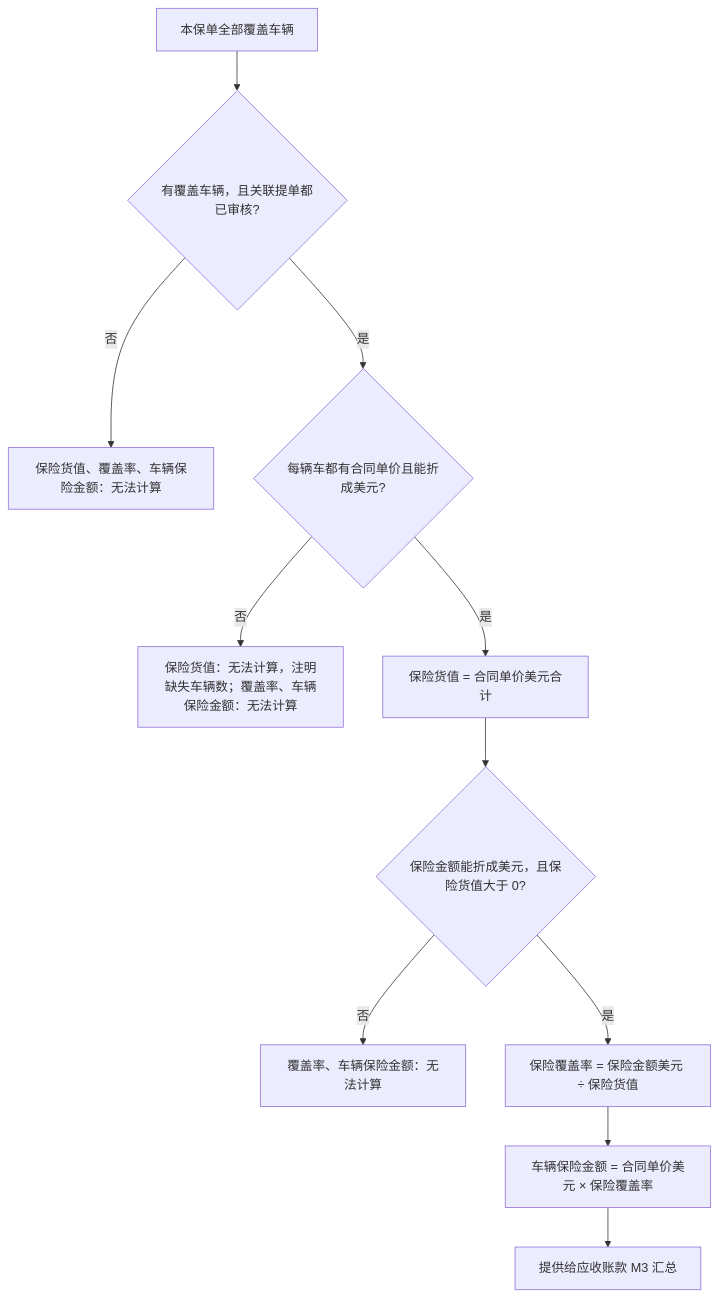
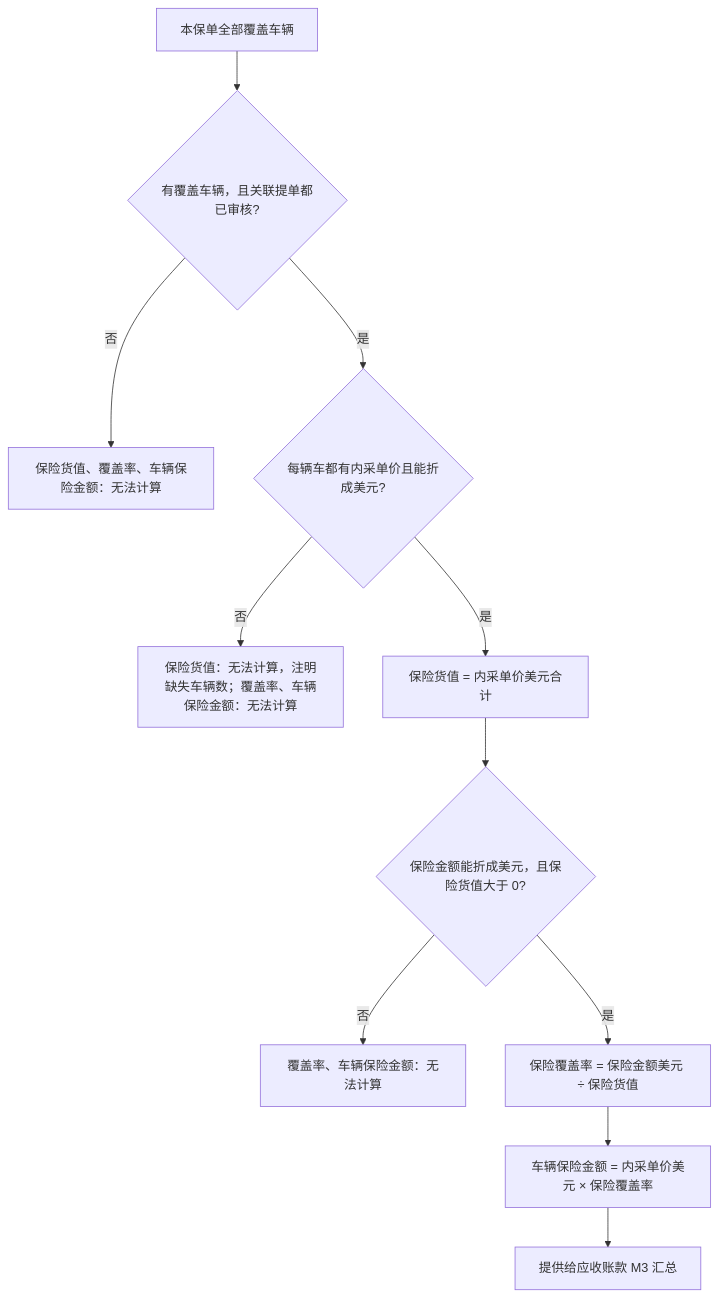
The second of 3 diagrams in asset-trust-platform/PRD/运营端/M13-保单信息/02-保单信息-流程图与状态机.md (wxblockchain/Chain-Financing), drawn with Mermaid before and after one commit. The commit also changed other lines of this file and 3 other files, not shown here.

````diff
--- a/asset-trust-platform/PRD/运营端/M13-保单信息/02-保单信息-流程图与状态机.md
+++ b/asset-trust-platform/PRD/运营端/M13-保单信息/02-保单信息-流程图与状态机.md
@@ -41,13 +41,13 @@
 ```mermaid
 flowchart TD
     S[本保单全部覆盖车辆] --> A{有覆盖车辆，且关联提单都已审核?}
     A -->|否| N1[保险货值、覆盖率、车辆保险金额：无法计算]
-    A -->|是| B{每辆车都有合同单价且能折成美元?}
+    A -->|是| B{每辆车都有内采单价且能折成美元?}
     B -->|否| N2[保险货值：无法计算，注明缺失车辆数；覆盖率、车辆保险金额：无法计算]
-    B -->|是| C[保险货值 = 合同单价美元合计]
+    B -->|是| C[保险货值 = 内采单价美元合计]
     C --> D{保险金额能折成美元，且保险货值大于 0?}
     D -->|否| N3[覆盖率、车辆保险金额：无法计算]
     D -->|是| E[保险覆盖率 = 保险金额美元 ÷ 保险货值]
-    E --> F[车辆保险金额 = 合同单价美元 × 保险覆盖率]
+    E --> F[车辆保险金额 = 内采单价美元 × 保险覆盖率]
     F --> G[提供给应收账款 M3 汇总]
 ```
````
